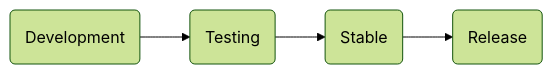
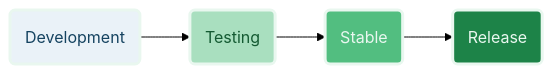
One commit to spectrum-health-systems/Tingen-WebService changed the first of 2 diagrams in README.md. Above: the diagram before and after it, drawn with Mermaid (forest theme).

````diff
--- a/README.md
+++ b/README.md
@@ -61,11 +61,17 @@
 ```mermaid
 flowchart LR
   %% Components
   Development@{shape: rounded, label: "Development"}
   Testing@{shape: rounded, label: "Testing"}
   Stable@{shape: rounded, label: "Stable"}
   Release@{shape: rounded, label: "Release"}
   %% Layout
-  Development --> Testing --> Stable --> Release
+  Development:::G0_ --> Testing:::G1_ --> Stable:::G2_ --> Release:::G3_
   %% Styles
+  %% Styles
+  classDef G0_ stroke:#e9f7ef,stroke-width:3px,fill:#eaf2f8,color:#154360
+  classDef G1_ stroke:#e9f7ef,stroke-width:3px,fill:#a9dfbf,color:#145a32
+  classDef G2_ stroke:#e9f7ef,stroke-width:3px,fill:#52be80,color:#e9f7ef
+  classDef G3_ stroke:#e9f7ef,stroke-width:3px,fill:#1d8348,color:#e9f7ef
+  
 ```
````
